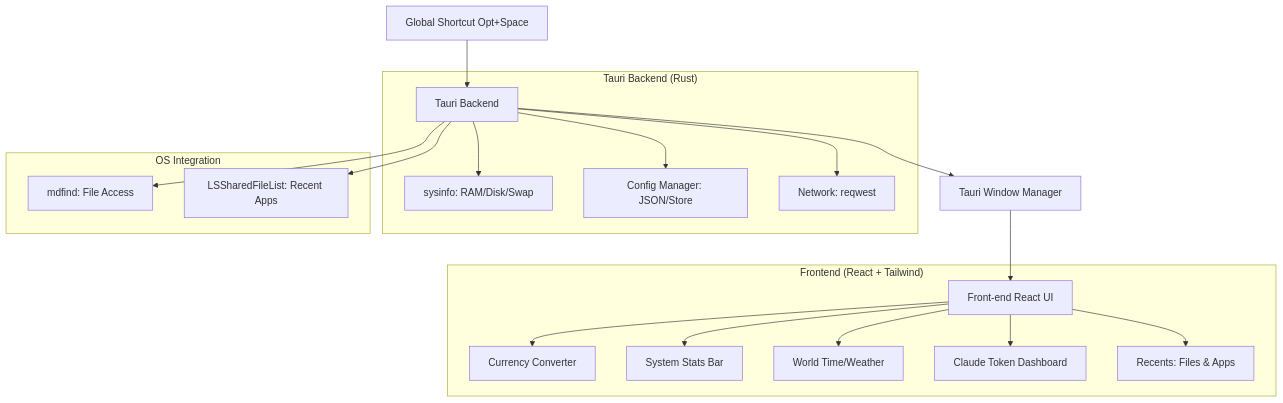
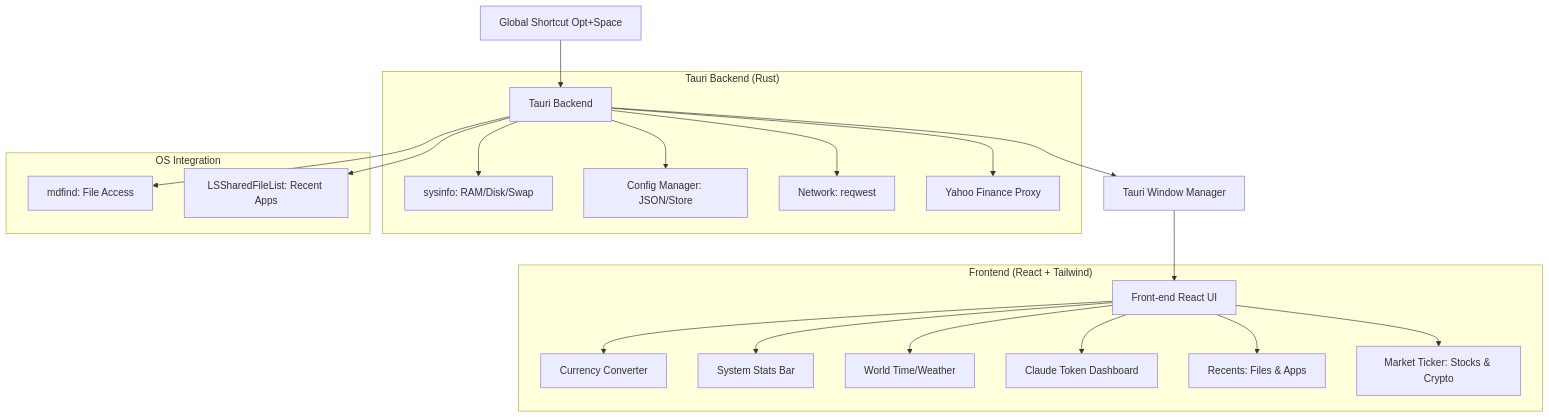
Before and after one commit to raunaqness/fluxbox: the diagram in Architecture.md, drawn with Mermaid. The commit also changed other lines of this file and 5 other files, not shown here.

````diff
--- a/Architecture.md
+++ b/Architecture.md
@@ -17,28 +17,30 @@
 ```mermaid
 graph TD
     A[Global Shortcut Opt+Space] --> B[Tauri Backend]
     B --> C[Tauri Window Manager]
     C --> D[Front-end React UI]
     
     subgraph "Tauri Backend (Rust)"
         B --> E[sysinfo: RAM/Disk/Swap]
         B --> F[Config Manager: JSON/Store]
         B --> G[Network: reqwest]
+        B --> O[Yahoo Finance Proxy]
     end
     
     subgraph "Frontend (React + Tailwind)"
         D --> H[Currency Converter]
         D --> I[System Stats Bar]
         D --> J[World Time/Weather]
         D --> K[Claude Token Dashboard]
         D --> L[Recents: Files & Apps]
+        D --> P[Market Ticker: Stocks & Crypto]
     end
     
     subgraph "OS Integration"
         M[mdfind: File Access]
         N[LSSharedFileList: Recent Apps]
     end
     
     B --> M
     B --> N
 ```
````
